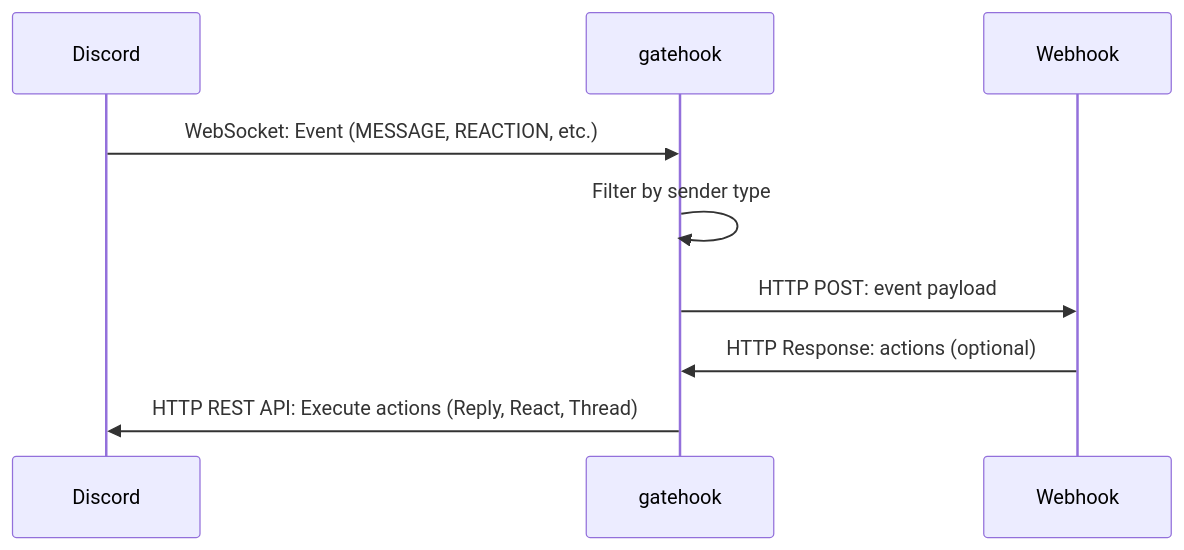
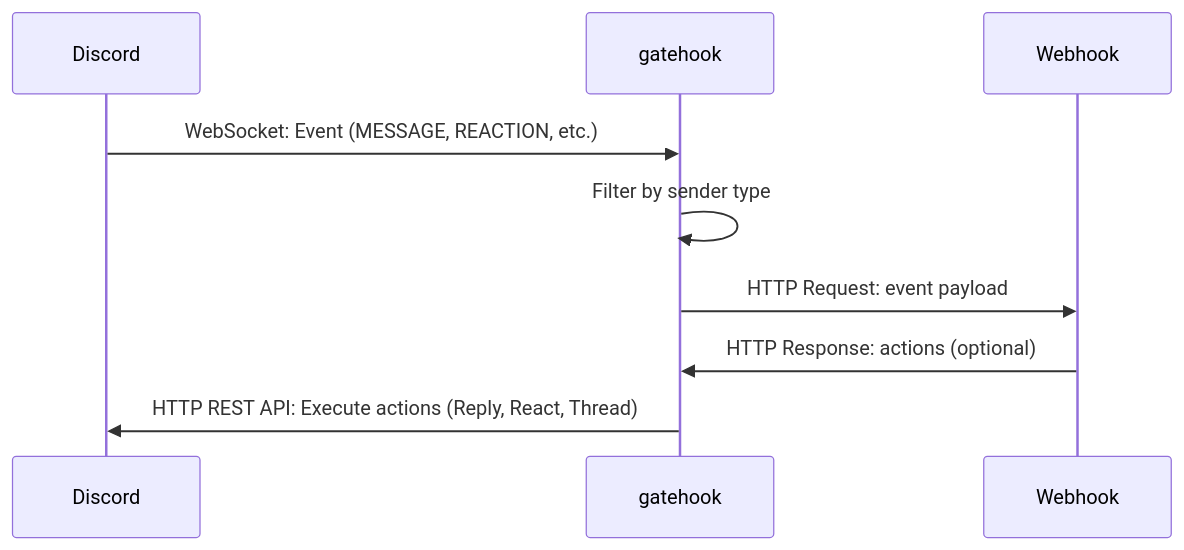
The diagram in README.md (a24k/gatehook), drawn with Mermaid before and after one commit.

Commit message:
docs: Align terminology in sequence diagram
Change "HTTP POST" to "HTTP Request" to match symmetrically
with "HTTP Response". This improves readability and consistency.

🤖 Generated with [Claude Code](https://claude.com/claude-code)

````diff
--- a/README.md
+++ b/README.md
@@ -20,12 +20,12 @@
 ```mermaid
 sequenceDiagram
     participant Discord
     participant gatehook
     participant Webhook
 
     Discord->>gatehook: WebSocket: Event (MESSAGE, REACTION, etc.)
     gatehook->>gatehook: Filter by sender type
-    gatehook->>Webhook: HTTP POST: event payload
+    gatehook->>Webhook: HTTP Request: event payload
     Webhook->>gatehook: HTTP Response: actions (optional)
     gatehook->>Discord: HTTP REST API: Execute actions (Reply, React, Thread)
 ```
````
